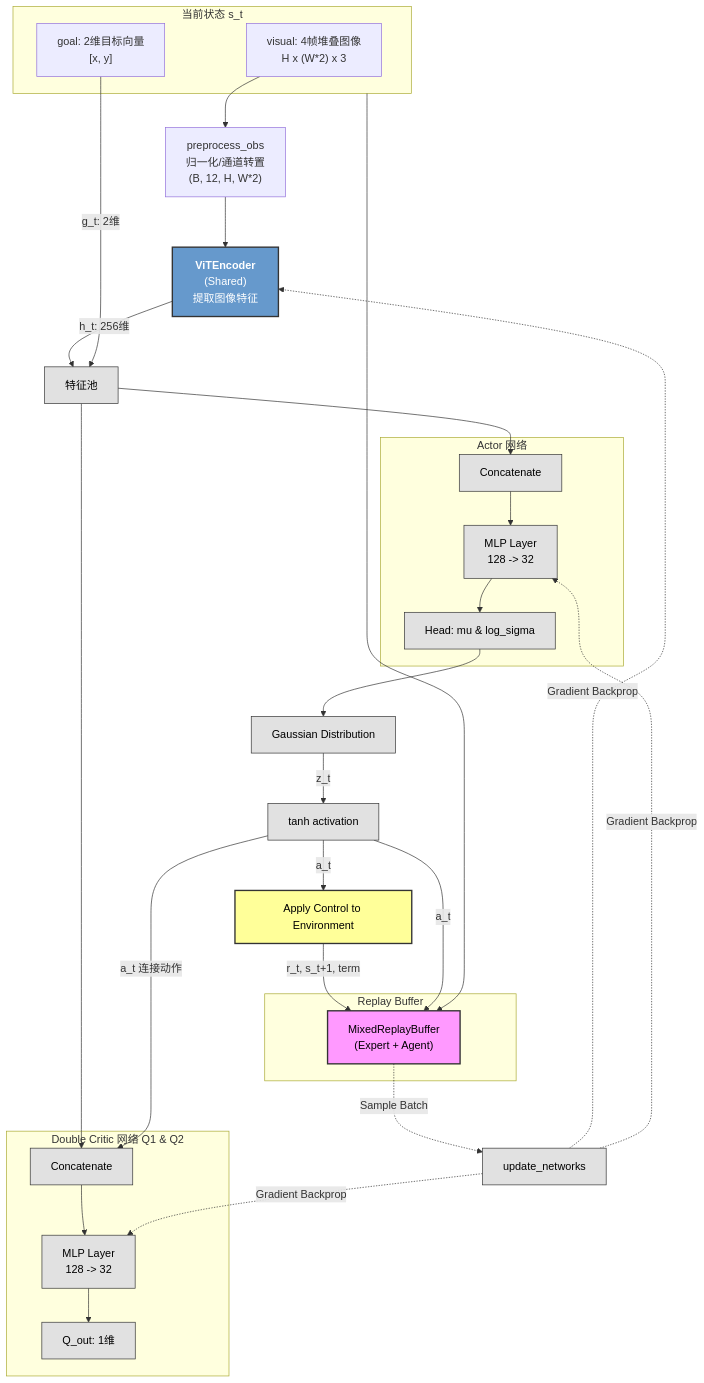
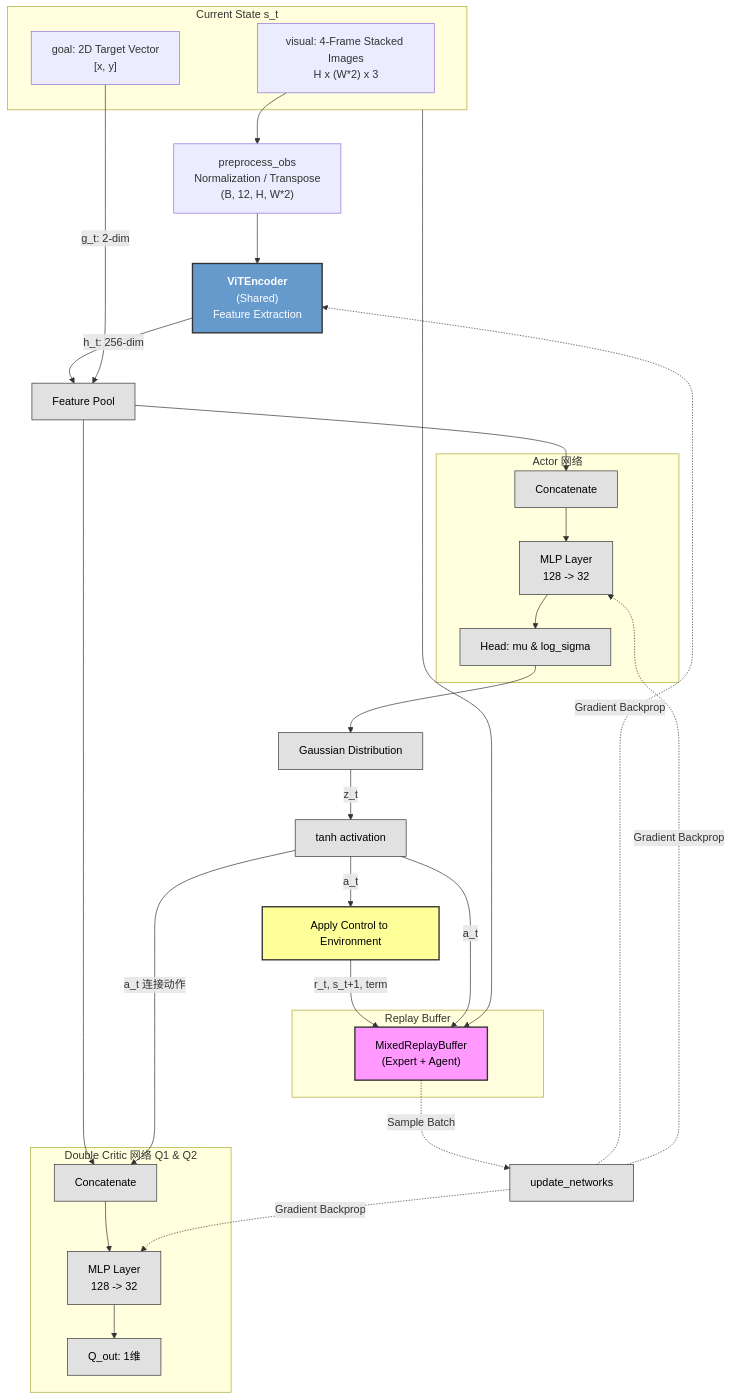
Before and after one commit to jxxxuan/FYP: the fourth of 4 diagrams in FYP2_Project/mermaid/mermaid.md, drawn with Mermaid. The commit also changed other lines of this file and 2 other files, not shown here.

````diff
--- a/FYP2_Project/mermaid/mermaid.md
+++ b/FYP2_Project/mermaid/mermaid.md
@@ -162,70 +163,70 @@
 ```mermaid
 graph TD
     %% 定义样式
     classDef storage fill:#f9f,stroke:#333,stroke-width:2px,color:black;
     classDef network fill:#69c,stroke:#333,stroke-width:2px,color:white;
     classDef env fill:#ff9,stroke:#333,stroke-width:2px,color:black;
     classDef proc fill:#e1e1e1,stroke:#333,stroke-width:1px,color:black;
 
     %% 输入数据
-    subgraph Input_State [当前状态 s_t]
-        IMG["visual: 4帧堆叠图像<br/>H x (W*2) x 3"]
-        GOAL["goal: 2维目标向量<br/>[x, y]"]
+    subgraph Input_State [Current State s_t]
+        IMG["visual: 4-Frame Stacked Images<br/>H x (W*2) x 3"]
+        GOAL["goal: 2D Target Vector<br/>[x, y]"]
     end
 
     %% 预处理
-    PRE["preprocess_obs<br/>归一化/通道转置<br/>(B, 12, H, W*2)"]
+    PRE["preprocess_obs<br/>Normalization / Transpose<br/>(B, 12, H, W*2)"]
     
     IMG --> PRE
     
     %% 共享编码器
-    SHARED_VIT["<b>ViTEncoder</b><br/>(Shared)<br/>提取图像特征"]:::network
+    SHARED_VIT["<b>ViTEncoder</b><br/>(Shared)<br/>Feature Extraction"]:::network
     
     PRE --> SHARED_VIT
-    SHARED_VIT -->|h_t: 256维| FEAT_POOL[特征池]:::proc
-    GOAL -->|g_t: 2维| FEAT_POOL
+    SHARED_VIT -->|h_t: 256-dim| FEAT_POOL[Feature Pool]:::proc
+    GOAL -->|g_t: 2-dim| FEAT_POOL
 
     %% Actor 网络
     subgraph Actor_Net [Actor 网络]
         A_CAT[Concatenate]:::proc
         A_MLP["MLP Layer<br/>128 -> 32"]:::proc
         A_HEADS["Head: mu & log_sigma"]:::proc
         
         A_CAT --> A_MLP --> A_HEADS
     end
     
     FEAT_POOL --> A_CAT
 
     %% 采样与动作
     GAUSSIAN[Gaussian Distribution]:::proc
     TANH[tanh activation]:::proc
     
     A_HEADS --> GAUSSIAN -->|z_t| TANH -->|a_t| ENV_STEP["Apply Control to Environment"]:::env
 
     %% Critic 网络
     subgraph Double_Critic_Net [Double Critic 网络 Q1 & Q2]
         C_CAT[Concatenate]:::proc
         C_MLP["MLP Layer<br/>128 -> 32"]:::proc
         C_OUT["Q_out: 1维"]:::proc
         
         C_CAT --> C_MLP --> C_OUT
     end
     
     FEAT_POOL --> C_CAT
     TANH -->|a_t 连接动作| C_CAT
 
     %% 经验回放
     subgraph Replay_System [Replay Buffer]
         RB["MixedReplayBuffer<br/>(Expert + Agent)"]:::storage
     end
     
     ENV_STEP -->|r_t, s_t+1, term| RB
     TANH -->|a_t| RB
     Input_State --> RB
     
     %% 更新连接
     RB -.->|Sample Batch| UPDATE[update_networks]:::proc
     UPDATE -.->|Gradient Backprop| SHARED_VIT
     UPDATE -.->|Gradient Backprop| A_MLP
     UPDATE -.->|Gradient Backprop| C_MLP
 ```
````
